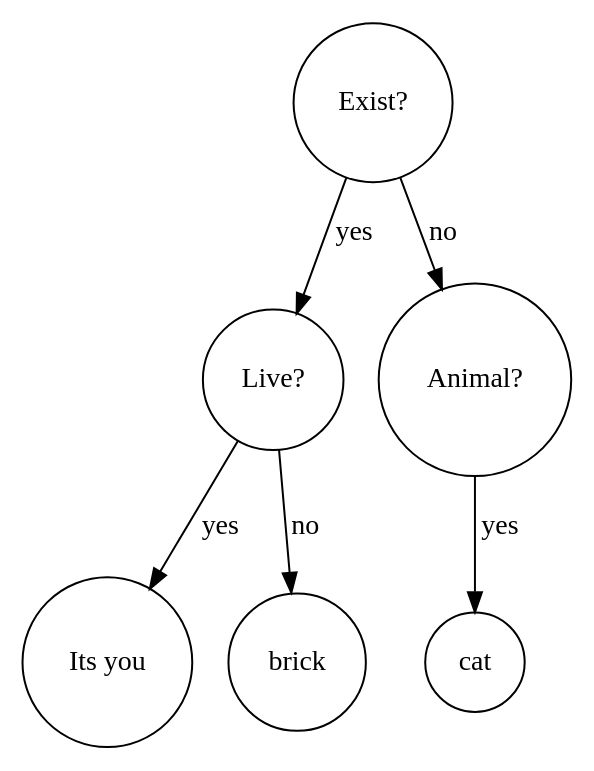
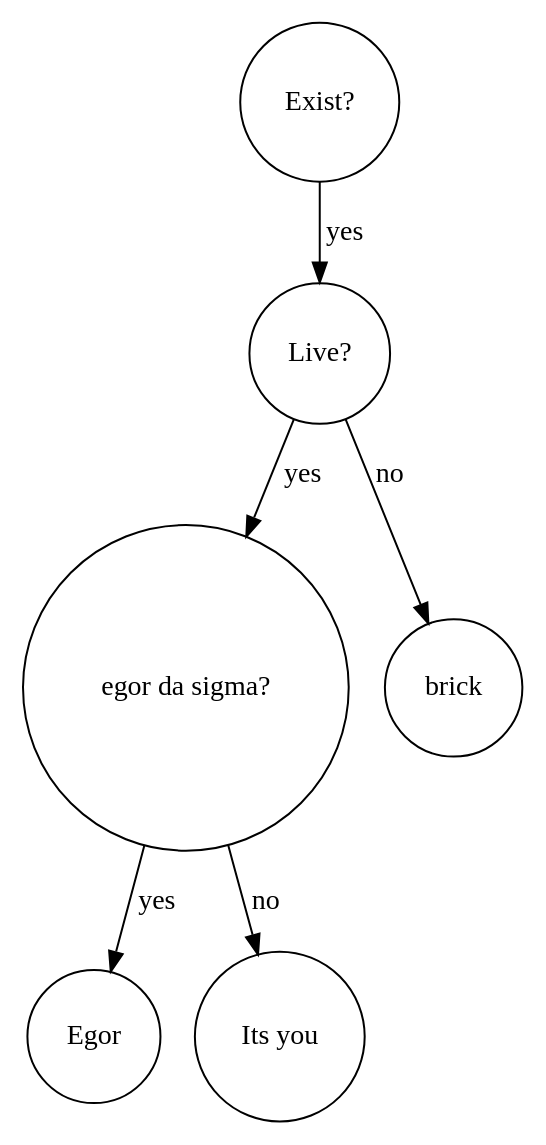
One commit to fl4cko11/Huawei_MIPT changed the diagram in tree/akinator/bst_visual_log/bst_5.dot. Above: the diagram before and after it, drawn with Graphviz. The commit also changed 17 other files, not shown here.

```diff
--- a/tree/akinator/bst_visual_log/bst_5.dot
+++ b/tree/akinator/bst_visual_log/bst_5.dot
@@ -1,8 +1,8 @@
 digraph BST {
     node [shape=circle];
     "Exist?" -> "Live?" [label="yes"];
-    "Exist?" -> "Animal?" [label="no"];
-    "Live?" -> "Its you" [label="yes"];
+    "Live?" -> "egor da sigma?" [label="yes"];
     "Live?" -> "brick" [label="no"];
-    "Animal?" -> "cat" [label="yes"];
+    "egor da sigma?" -> "Egor" [label="yes"];
+    "egor da sigma?" -> "Its you" [label="no"];
 }
```
